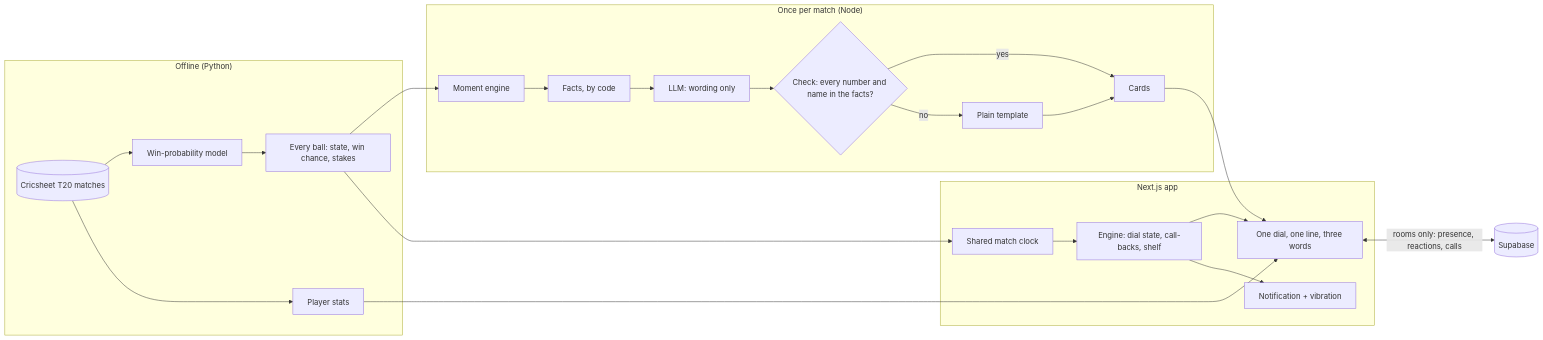
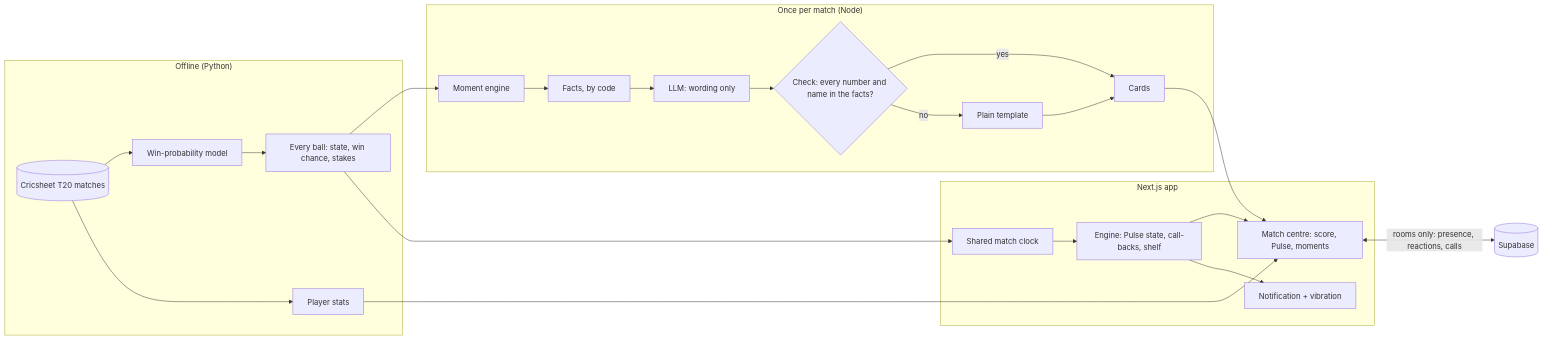
Before and after one commit to Zakuroooo/clutch: the diagram in README.md, drawn with Mermaid. The commit also changed other lines of this file and 24 other files, not shown here.

First line of the commit message:
Redesign as a match-centre app and sync the docs

````diff
--- a/README.md
+++ b/README.md
@@ -67,23 +67,23 @@
 ```mermaid
 flowchart LR
   subgraph Offline["Offline (Python)"]
     CS[(Cricsheet T20 matches)] --> WP[Win-probability model]
     WP --> TL[Every ball: state, win chance, stakes]
     CS --> PL[Player stats]
   end
   subgraph Pregen["Once per match (Node)"]
     TL --> MOM[Moment engine] --> F[Facts, by code]
     F --> LLM[LLM: wording only] --> CHK{Check: every number and name in the facts?}
     CHK -->|yes| CARDS[Cards]
     CHK -->|no| TPL[Plain template] --> CARDS
   end
   subgraph App["Next.js app"]
-    CLK[Shared match clock] --> ENG[Engine: dial state, call-backs, shelf]
-    ENG --> UI[One dial, one line, three words]
+    CLK[Shared match clock] --> ENG[Engine: Pulse state, call-backs, shelf]
+    ENG --> UI[Match centre: score, Pulse, moments]
     ENG --> NOTE[Notification + vibration]
   end
   TL --> CLK
   CARDS --> UI
   PL --> UI
   UI <-->|rooms only: presence, reactions, calls| SB[(Supabase)]
 ```
````
